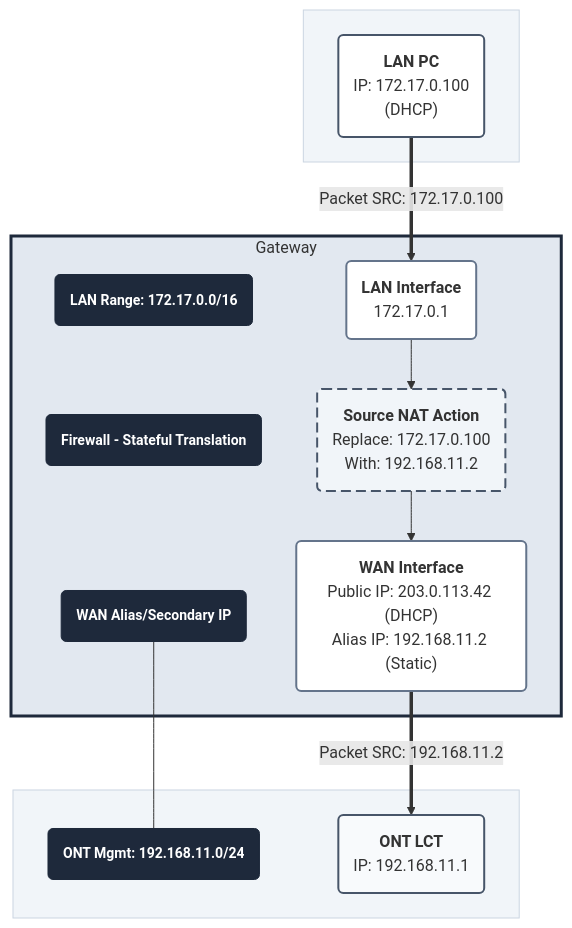
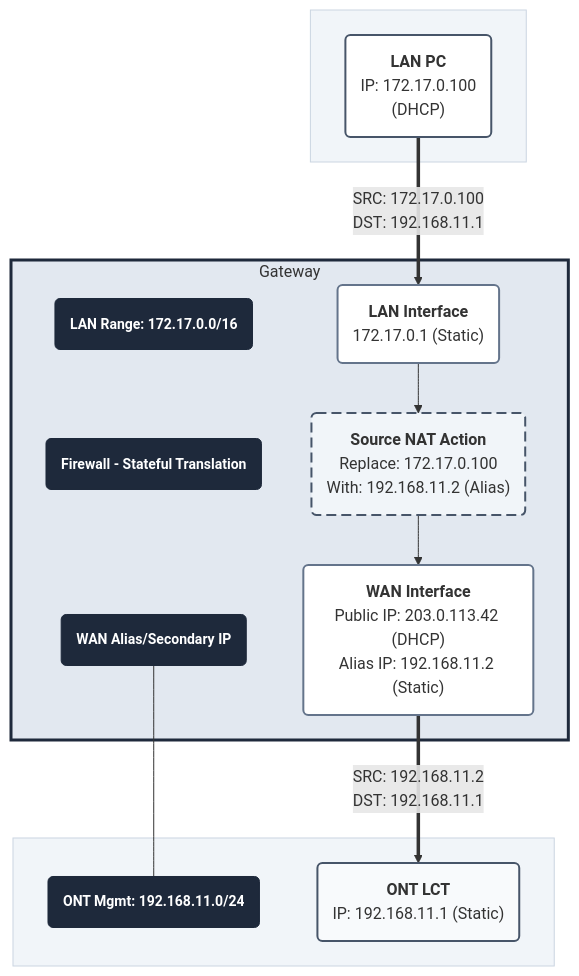
Before and after one commit to up-n-atom/8311: the diagram in docs/posts/accessing-the-ont.md, drawn with Mermaid.

Commit message:
post 19: update snat diagram

````diff
--- a/docs/posts/accessing-the-ont.md
+++ b/docs/posts/accessing-the-ont.md
@@ -218,54 +218,54 @@
 ``` mermaid
 graph TD
 
   %% Style Definitions
   classDef lanNode fill:#fff,stroke:#475569,stroke-width:2px
   classDef interfaceNode fill:#fff,stroke:#64748b,stroke-width:2px
   classDef natNode fill:#f1f5f9,stroke:#475569,stroke-width:2px,stroke-dasharray: 10 5
   classDef titleNode fill:#1e293b,stroke:#1e293b,font-weight:bold,font-size:14px
   classDef ontNode fill:#f8fafc,stroke:#475569,stroke-width:2px
 
   %% Internal LAN Section
   subgraph LAN_Group [" "]
     PC("<b>LAN PC</b><br/>IP: 172.17.0.100<br/>(DHCP)"):::lanNode
   end
 
   %% Firewall / Gateway Section
   subgraph GW_Group ["Gateway"]
     %% Title Column (Left)
     L_Range("<font color=white>LAN Range: 172.17.0.0/16"):::titleNode
     G_Title("<font color=white>Firewall - Stateful Translation"):::titleNode
     W_Alias("<font color=white>WAN Alias/Secondary IP"):::titleNode
 
 
     %% Flow Column (Right)
-    L_IF("<b>LAN Interface</b><br/>172.17.0.1"):::interfaceNode
-    NAT("<b>Source NAT Action</b><br/>Replace: 172.17.0.100<br/>With: 192.168.11.2"):::natNode
+    L_IF("<b>LAN Interface</b><br/>172.17.0.1 (Static)"):::interfaceNode
+    NAT("<b>Source NAT Action</b><br/>Replace: 172.17.0.100<br/>With: 192.168.11.2 (Alias)"):::natNode
     W_IF("<b>WAN Interface</b><br/>Public IP: 203.0.113.42 (DHCP)<br/>Alias IP: 192.168.11.2 (Static)"):::interfaceNode
 
     %% Force Vertical Stacking (Connections)
     L_Range --- G_Title
     G_Title --- W_Alias
     L_IF --> NAT
     NAT --> W_IF
   end
 
   %% ONT Section
   subgraph ONT_Group [" "]
     O_Range("<font color=white>ONT Mgmt: 192.168.11.0/24"):::titleNode
-    ONT("<b>ONT LCT</b><br/>IP: 192.168.11.1"):::ontNode
+    ONT("<b>ONT LCT</b><br/>IP: 192.168.11.1 (Static)"):::ontNode
   end
 
   %% External Packet Flow
-  PC ==>|Packet SRC: 172.17.0.100| L_IF
-  W_IF ==>|Packet SRC: 192.168.11.2| ONT
+  PC ==>|SRC: 172.17.0.100<br/>DST: 192.168.11.1| L_IF
+  W_IF ==>|SRC: 192.168.11.2<br/>DST: 192.168.11.1| ONT
   W_Alias --- O_Range
 
   %% Hiding the lines between titleNodes (Indices 0 and 1 of the --- links)
   linkStyle 0,1 stroke-width:0px;
 
   %% Subgraph Box Styling
   style LAN_Group fill:#f1f5f9,stroke:#cbd5e1,stroke-width:1px
   style GW_Group fill:#e2e8f0,stroke:#1e293b,stroke-width:3px
   style ONT_Group fill:#f1f5f9,stroke:#cbd5e1,stroke-width:1px
 ```
````
